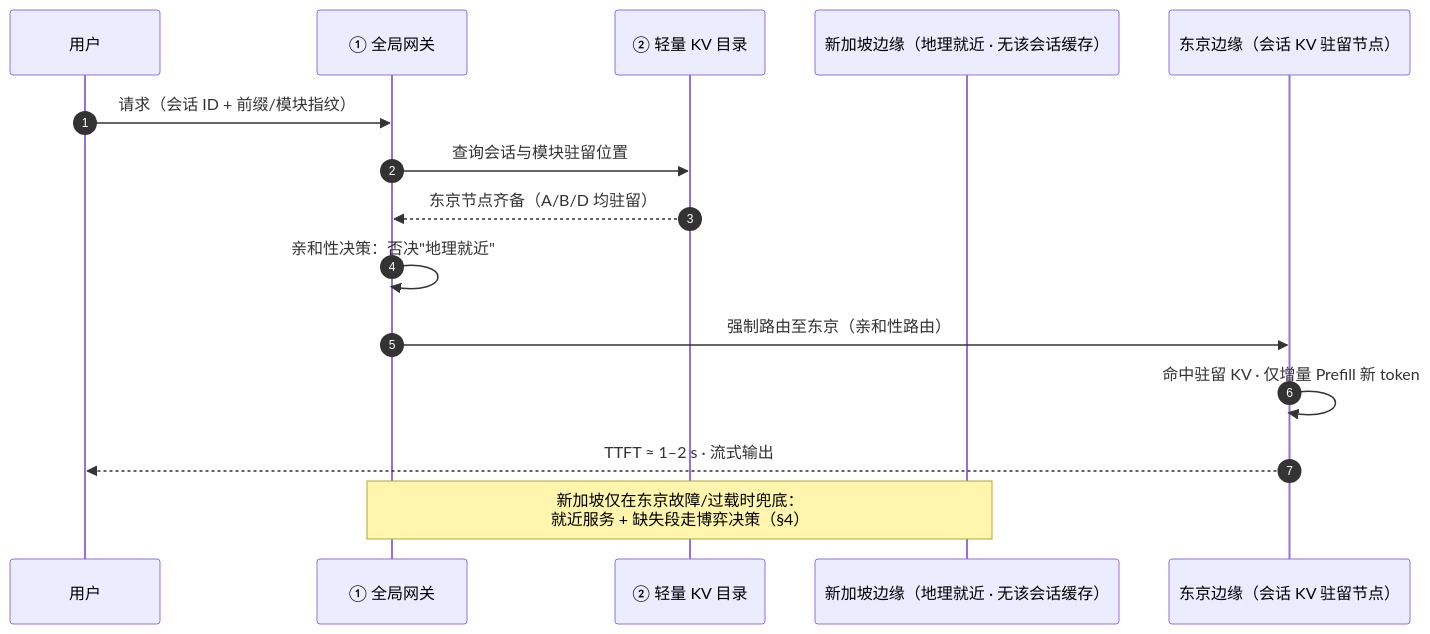
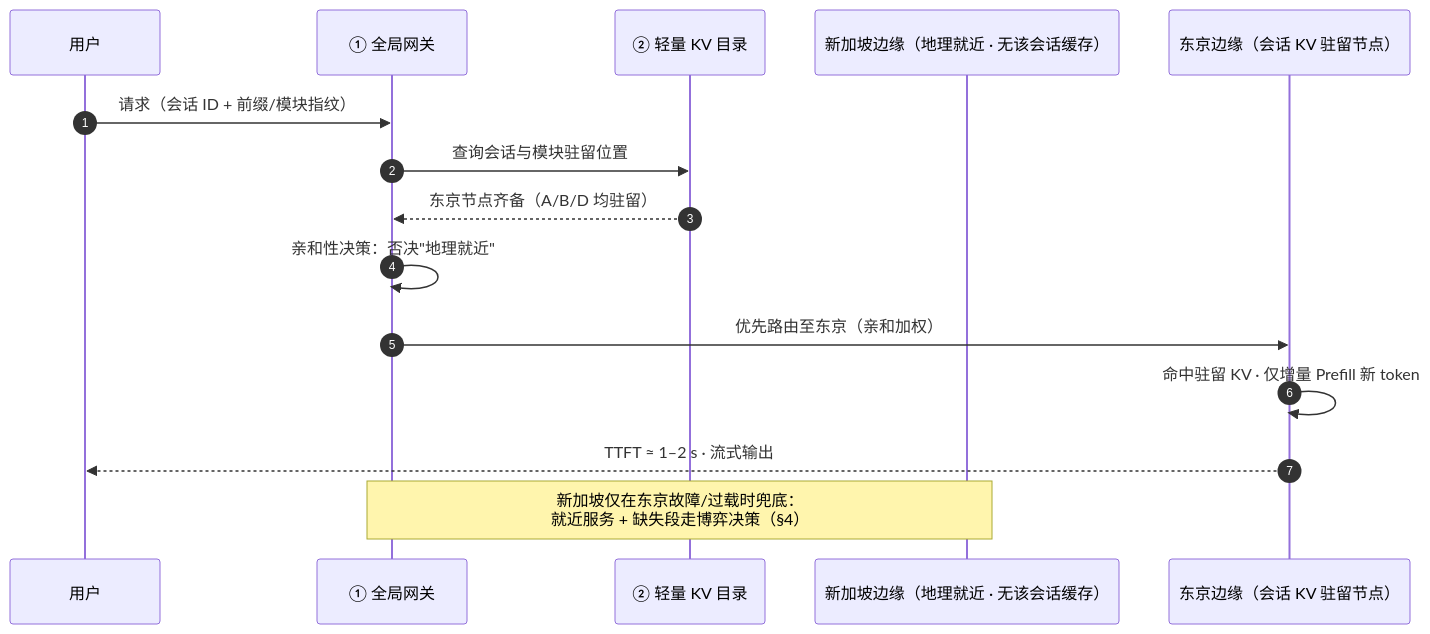
The second of 13 diagrams in KV Cache CDN 解决方案构想报告（完整版V2）.md (asml125-sketch/KVCacheCDNSolution), drawn with Mermaid before and after one commit. The commit also changed other lines of this file and 2 other files, not shown here.

````diff
--- a/KV Cache CDN 解决方案构想报告（完整版V2）.md
+++ b/KV Cache CDN 解决方案构想报告（完整版V2）.md
@@ -279,17 +279,17 @@
 ```mermaid
 sequenceDiagram
     autonumber
     participant U as 用户
     participant GW as ① 全局网关
     participant CAT as ② 轻量 KV 目录
     participant SG as 新加坡边缘（地理就近 · 无该会话缓存）
     participant JP as 东京边缘（会话 KV 驻留节点）
     U->>GW: 请求（会话 ID + 前缀/模块指纹）
     GW->>CAT: 查询会话与模块驻留位置
     CAT-->>GW: 东京节点齐备（A/B/D 均驻留）
     GW->>GW: 亲和性决策：否决"地理就近"
-    GW->>JP: 强制路由至东京（亲和性路由）
+    GW->>JP: 优先路由至东京（亲和加权）
     JP->>JP: 命中驻留 KV · 仅增量 Prefill 新 token
     JP-->>U: TTFT ≈ 1–2 s · 流式输出
     Note over GW,SG: 新加坡仅在东京故障/过载时兜底：<br/>就近服务 + 缺失段走博弈决策（§4）
 ```
````
